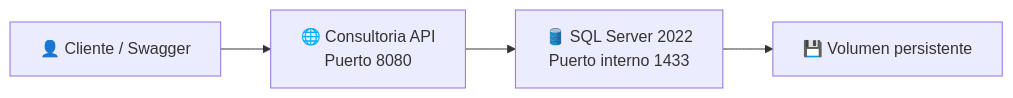
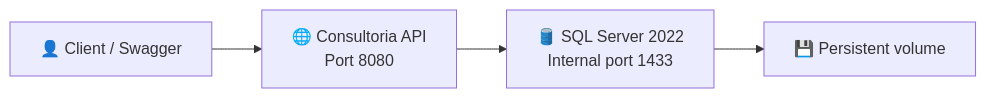
Before and after one commit to Esauhm/ConsultoriaProyect: the third of 3 diagrams in README.md, drawn with Mermaid. The commit also changed other lines of this file and 1 other file, not shown here.

````diff
--- a/README.md
+++ b/README.md
@@ -546,6 +499,6 @@
 ```mermaid
 flowchart LR
-    USER["👤 Cliente / Swagger"] --> API["🌐 Consultoria API<br/>Puerto 8080"]
-    API --> DB["🛢️ SQL Server 2022<br/>Puerto interno 1433"]
-    DB --> VOLUME["💾 Volumen persistente"]
+    USER["👤 Client / Swagger"] --> API["🌐 Consultoria API<br/>Port 8080"]
+    API --> DB["🛢️ SQL Server 2022<br/>Internal port 1433"]
+    DB --> VOLUME["💾 Persistent volume"]
 ```
````
